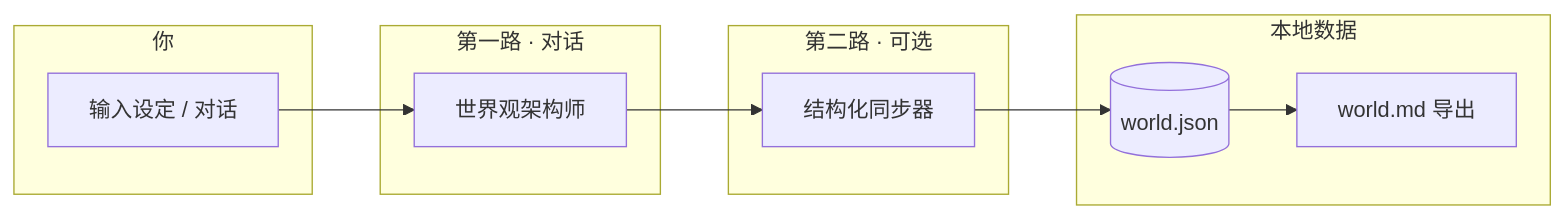
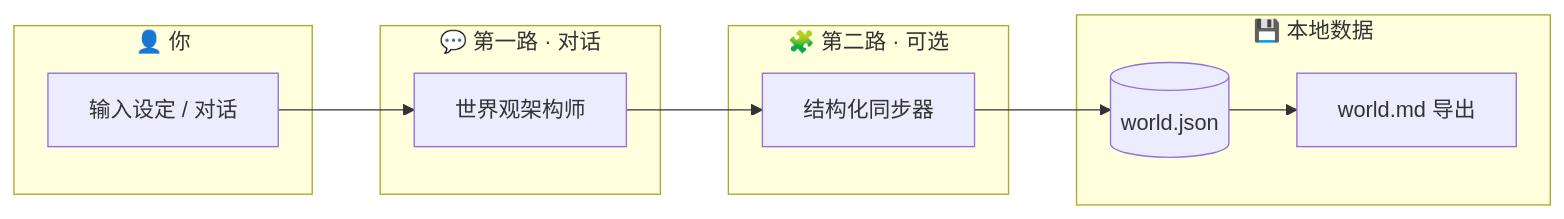
Before and after one commit to Lucas-Wang-THU/Magic_Creater_World: the first of 4 diagrams in README.md, drawn with Mermaid. The commit also changed other lines of this file and 16 other files, not shown here.

````diff
--- a/README.md
+++ b/README.md
@@ -54,20 +107,20 @@
 ```mermaid
 flowchart LR
-  subgraph 用户["你"]
+  subgraph 用户["👤 你"]
     A[输入设定 / 对话]
   end
-  subgraph 第一路["第一路 · 对话"]
+  subgraph 第一路["💬 第一路 · 对话"]
     B[世界观架构师]
   end
-  subgraph 第二路["第二路 · 可选"]
+  subgraph 第二路["🧩 第二路 · 可选"]
     C[结构化同步器]
   end
-  subgraph 本地["本地数据"]
+  subgraph 本地["💾 本地数据"]
     D[(world.json)]
     E[world.md 导出]
   end
   A --> B
   B --> C
   C --> D
   D --> E
 ```
````
